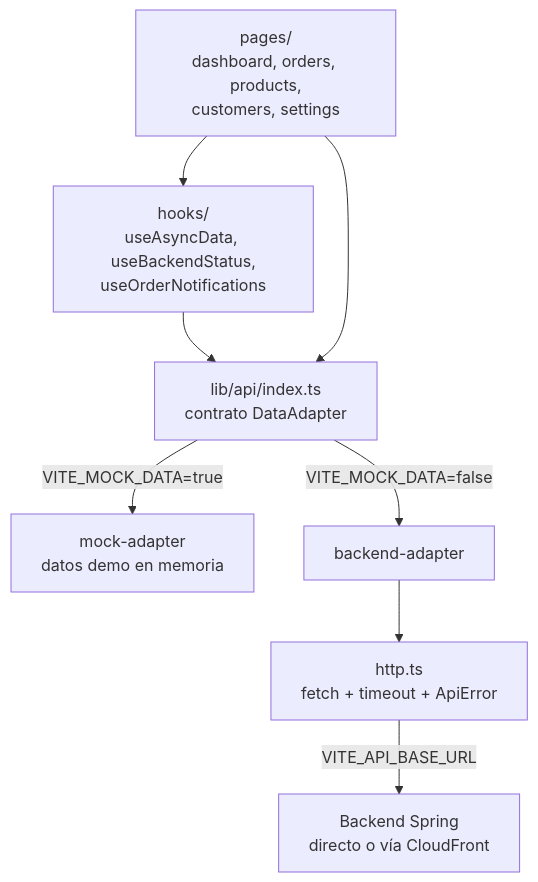
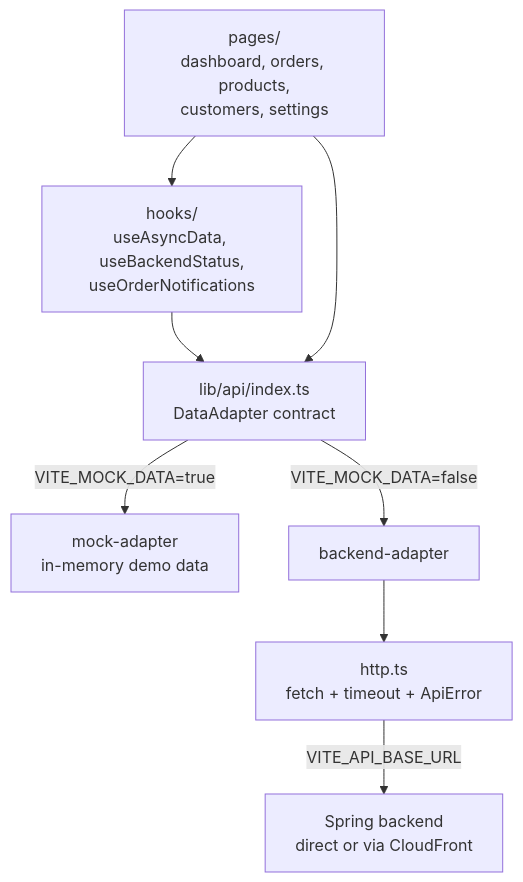
One commit to tulio3101/DeliverAI changed the fourth of 4 diagrams in ui-design/README.md. Above: the diagram before and after it, drawn with Mermaid. The commit also changed other lines of this file and 4 other files, not shown here.

````diff
--- a/ui-design/README.md
+++ b/ui-design/README.md
@@ -185,10 +185,10 @@
 ```mermaid
 flowchart TB
     PAGES["pages/<br/>dashboard, orders, products,<br/>customers, settings"] --> HOOKS["hooks/<br/>useAsyncData, useBackendStatus,<br/>useOrderNotifications"]
-    HOOKS --> API["lib/api/index.ts<br/>contrato DataAdapter"]
+    HOOKS --> API["lib/api/index.ts<br/>DataAdapter contract"]
     PAGES --> API
-    API -->|"VITE_MOCK_DATA=true"| MOCK["mock-adapter<br/>datos demo en memoria"]
+    API -->|"VITE_MOCK_DATA=true"| MOCK["mock-adapter<br/>in-memory demo data"]
     API -->|"VITE_MOCK_DATA=false"| BACK["backend-adapter"]
     BACK --> HTTP["http.ts<br/>fetch + timeout + ApiError"]
-    HTTP -->|"VITE_API_BASE_URL"| SPRING["Backend Spring<br/>directo o vía CloudFront"]
+    HTTP -->|"VITE_API_BASE_URL"| SPRING["Spring backend<br/>direct or via CloudFront"]
 ```
````
